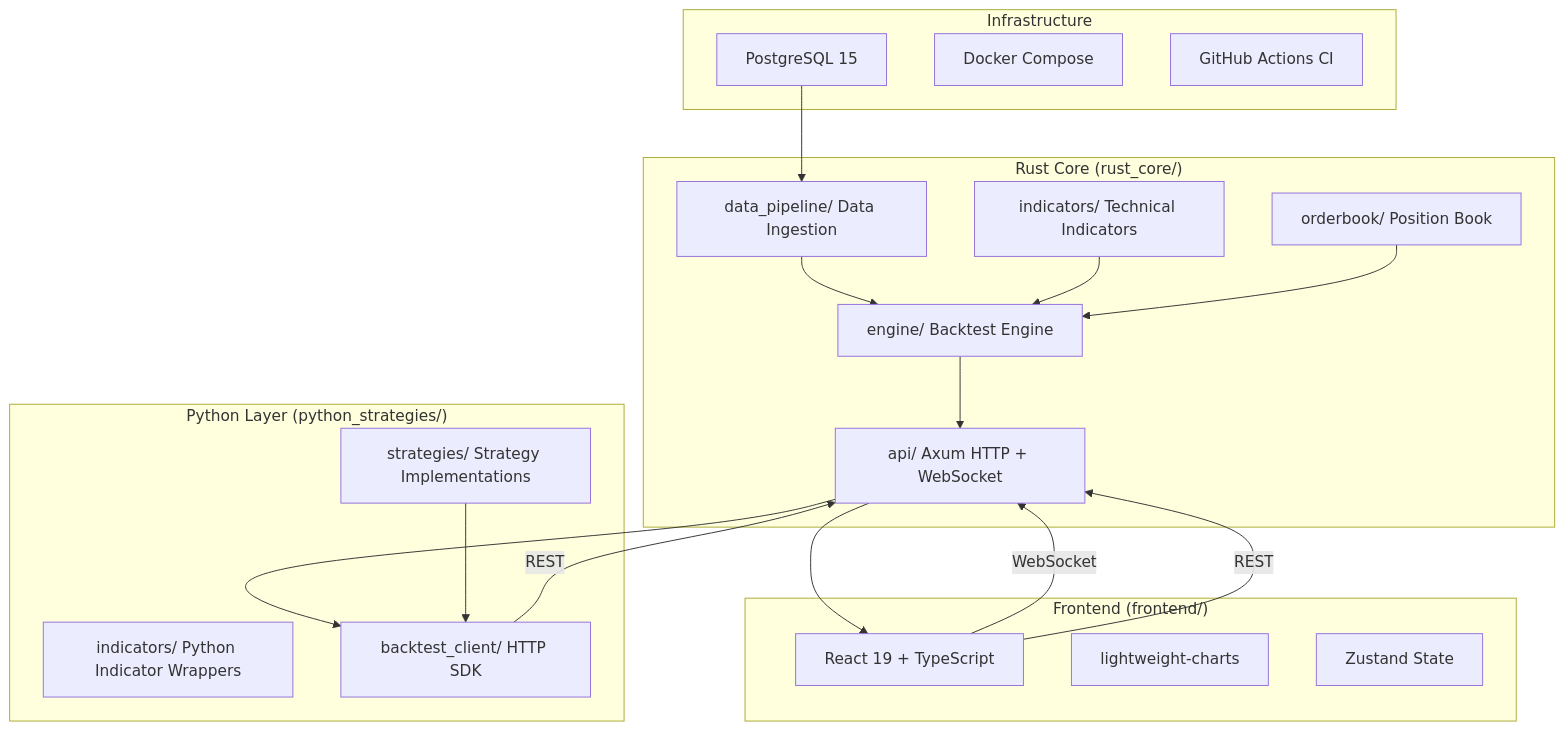
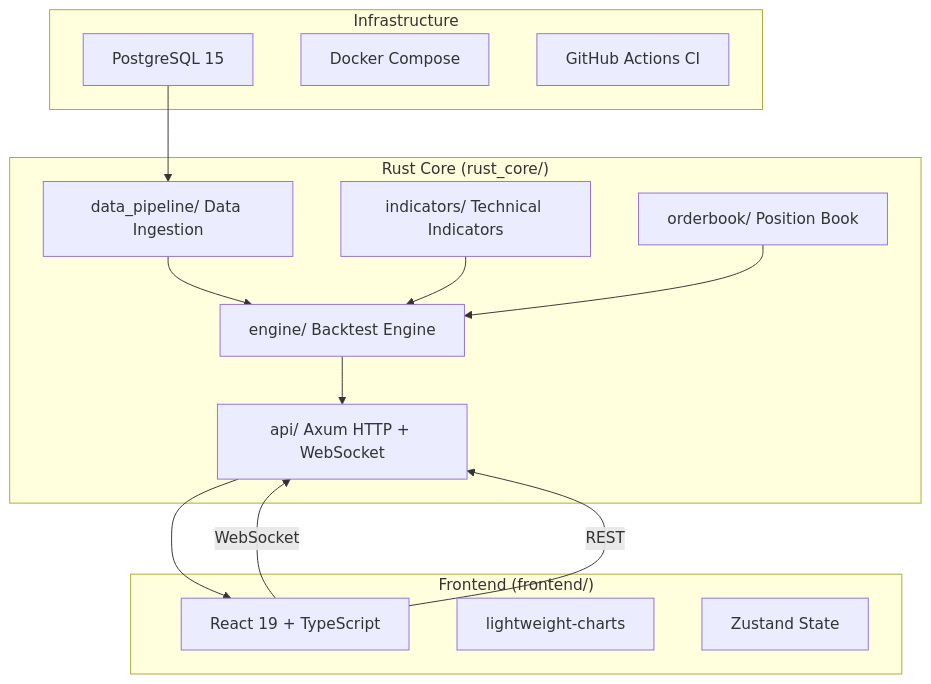
Before and after one commit to Kiruno-lz/CBT-pro: the diagram in docs/ARCHITECTURE.md, drawn with Mermaid. The commit also changed other lines of this file and 24 other files, not shown here.

First line of the commit message:
refactor: remove Python layer, simplify architecture to Rust + TypeScript

````diff
--- a/docs/ARCHITECTURE.md
+++ b/docs/ARCHITECTURE.md
@@ -9,41 +9,32 @@
 ```mermaid
 graph TB
     subgraph Rust_Core["Rust Core (rust_core/)"]
         API["api/ Axum HTTP + WebSocket"]
         Engine["engine/ Backtest Engine"]
         OrderBook["orderbook/ Position Book"]
         DataPipeline["data_pipeline/ Data Ingestion"]
         Indicators["indicators/ Technical Indicators"]
-    end
-
-    subgraph Python_Layer["Python Layer (python_strategies/)"]
-        Strategies["strategies/ Strategy Implementations"]
-        PyIndicators["indicators/ Python Indicator Wrappers"]
-        SDK["backtest_client/ HTTP SDK"]
     end
 
     subgraph Frontend["Frontend (frontend/)"]
         React["React 19 + TypeScript"]
         Charts["lightweight-charts"]
         Zustand["Zustand State"]
     end
 
     subgraph Infrastructure["Infrastructure"]
         Postgres["PostgreSQL 15"]
         Docker["Docker Compose"]
         GitHub["GitHub Actions CI"]
     end
 
     DataPipeline --> Engine
     Indicators --> Engine
     OrderBook --> Engine
     Engine --> API
-    API --> SDK
     API --> React
-    Strategies --> SDK
     Postgres --> DataPipeline
 
     React -->|WebSocket| API
     React -->|REST| API
-    SDK -->|REST| API
 ```
````
